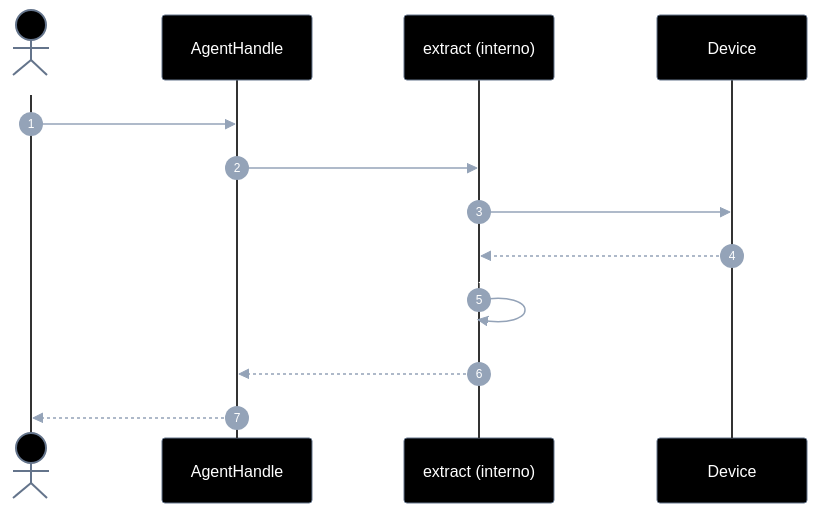
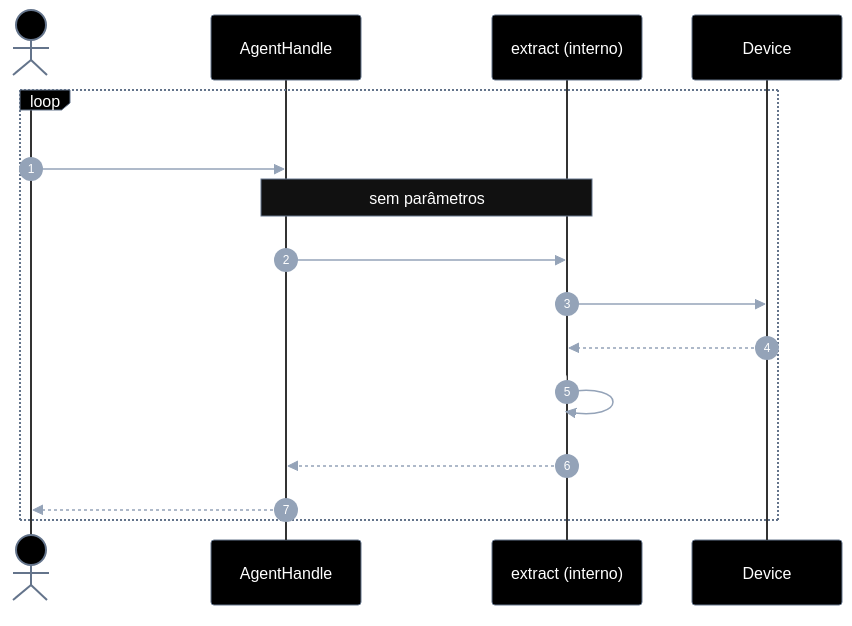
The first of 2 diagrams in connectmax/screen-robot/implementation-plan/EP-05-extrair-elementos.md (laerciogermano/workstation), drawn with Mermaid before and after one commit. The commit also changed other lines of this file and 1 other file, not shown here.

First line of the commit message:
Define extract() sem parâmetros no EP-05; cada chamada incrementa o JSON de retorno.

````diff
--- a/connectmax/screen-robot/implementation-plan/EP-05-extrair-elementos.md
+++ b/connectmax/screen-robot/implementation-plan/EP-05-extrair-elementos.md
@@ -58,56 +65,59 @@
 ```mermaid
 ---
 config:
   theme: base
   themeVariables:
     darkMode: true
     background: '#000000'
     primaryColor: '#000000'
     primaryTextColor: '#ffffff'
     primaryBorderColor: '#64748b'
     secondaryColor: '#000000'
     secondaryTextColor: '#ffffff'
     secondaryBorderColor: '#64748b'
     tertiaryColor: '#000000'
     tertiaryTextColor: '#ffffff'
     tertiaryBorderColor: '#64748b'
     lineColor: '#64748b'
     textColor: '#ffffff'
     mainBkg: '#000000'
     nodeBorder: '#64748b'
     clusterBkg: '#000000'
     clusterBorder: '#333333'
     titleColor: '#ffffff'
     edgeLabelBackground: '#000000'
     actorBkg: '#000000'
     actorBorder: '#64748b'
     actorTextColor: '#ffffff'
     actorLineColor: '#333333'
     signalColor: '#94a3b8'
     signalTextColor: '#ffffff'
     labelBoxBkgColor: '#000000'
     labelBoxBorderColor: '#64748b'
     labelTextColor: '#ffffff'
     noteBorderColor: '#64748b'
     noteBkgColor: '#111111'
     noteTextColor: '#ffffff'
     activationBorderColor: '#64748b'
     activationBkgColor: '#1a1a1a'
     sequenceNumberColor: '#ffffff'
     classText: '#ffffff'
 ---
 sequenceDiagram
   autonumber
   actor Dev as Caller
   participant H as AgentHandle
   participant X as extract (interno)
   participant D as Device
 
-  Dev->>H: extract(kind, opts?)
-  H->>X: dispatch(kind, serial)
-  X->>D: uiautomator dump / frame
-  D-->>X: xml / pixels
-  X->>X: parse + tipar nós
-  X-->>H: ComponentTree | nodes
-  H-->>Dev: resultado
+  loop uma chamada por estória / SC
+    Dev->>H: extract()
+    note over H,X: sem parâmetros
+    H->>X: nextStep(snapshot)
+    X->>D: dump / frame
+    D-->>X: xml
+    X->>X: incrementa campo no JSON
+    X-->>H: ExtractSnapshot (acumulado)
+    H-->>Dev: JSON com campos novos
+  end
 ```
````
